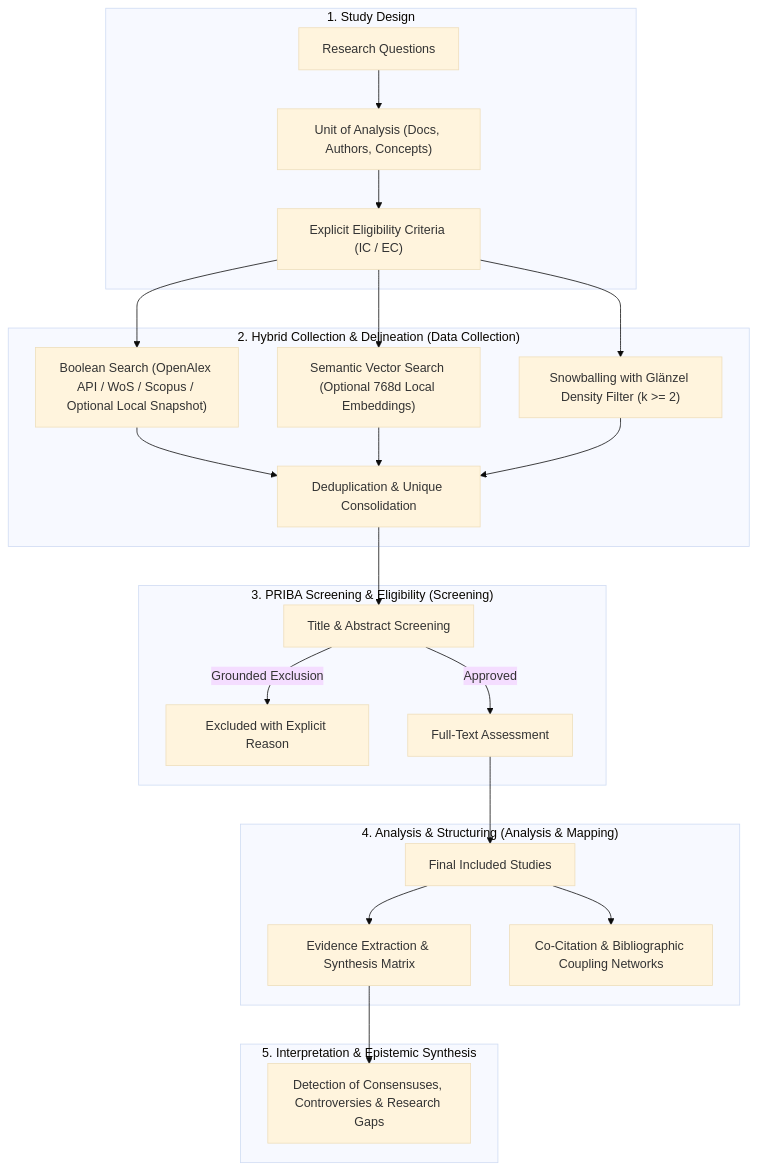
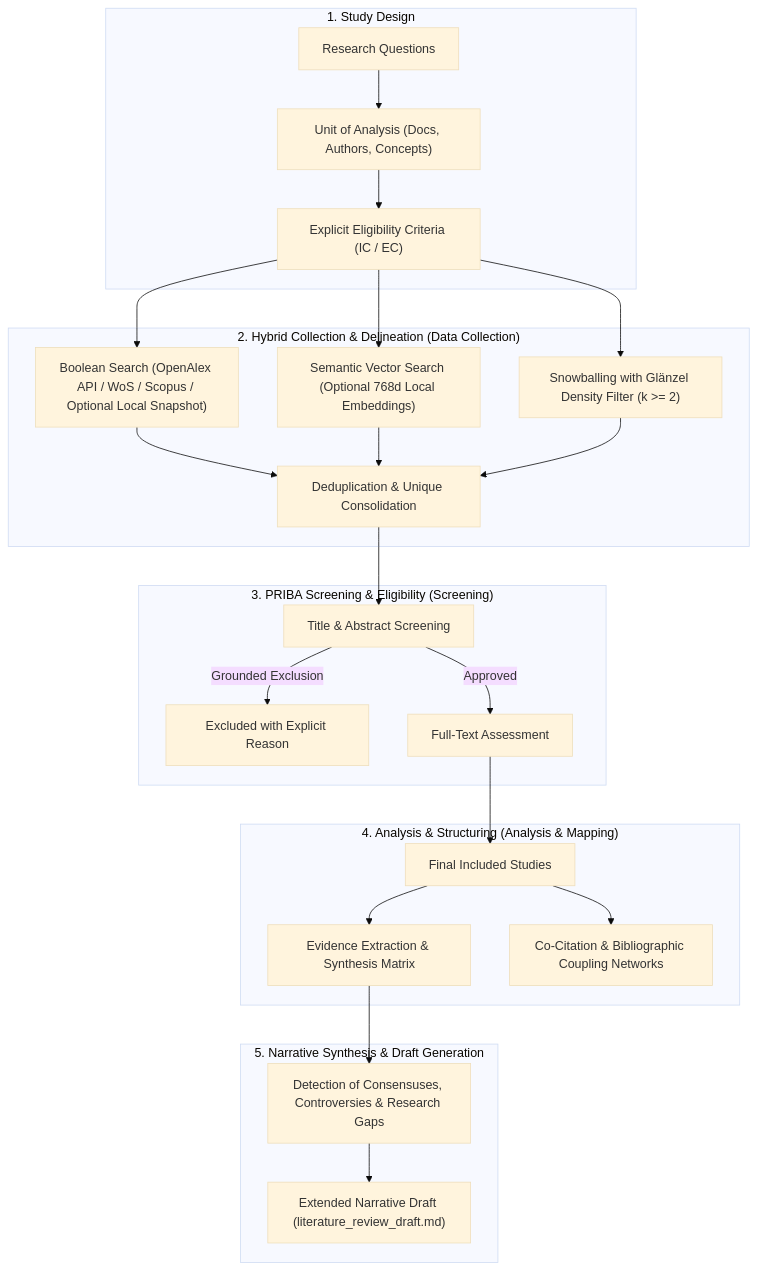
One commit to chilti/sos-mcp-services changed the first of 2 diagrams in .agents/skills/deep-literature-researcher/SKILL.md. Above: the diagram before and after it, drawn with Mermaid (base theme). The commit also changed other lines of this file, not shown here.

Commit message:
feat(deep-literature-researcher): add extended narrative draft and author future-work vs unexplored-paths section

````diff
--- a/.agents/skills/deep-literature-researcher/SKILL.md
+++ b/.agents/skills/deep-literature-researcher/SKILL.md
@@ -20,30 +20,31 @@
 ```mermaid
 flowchart TD
     subgraph Phase1 ["1. Study Design"]
         D1["Research Questions"] --> D2["Unit of Analysis (Docs, Authors, Concepts)"]
         D2 --> D3["Explicit Eligibility Criteria (IC / EC)"]
     end
 
     subgraph Phase2 ["2. Hybrid Collection & Delineation (Data Collection)"]
         D3 --> H1["Boolean Search (OpenAlex API / WoS / Scopus / Optional Local Snapshot)"]
         D3 --> H2["Semantic Vector Search (Optional 768d Local Embeddings)"]
         D3 --> H3["Snowballing with Glänzel Density Filter (k >= 2)"]
         H1 & H2 & H3 --> DUP["Deduplication & Unique Consolidation"]
     end
 
     subgraph Phase3 ["3. PRIBA Screening & Eligibility (Screening)"]
         DUP --> SCR["Title & Abstract Screening"]
         SCR -->|Grounded Exclusion| EXC["Excluded with Explicit Reason"]
         SCR -->|Approved| FULL["Full-Text Assessment"]
     end
 
     subgraph Phase4 ["4. Analysis & Structuring (Analysis & Mapping)"]
         FULL --> INC["Final Included Studies"]
         INC --> SYN["Evidence Extraction & Synthesis Matrix"]
         INC --> NET["Co-Citation & Bibliographic Coupling Networks"]
     end
 
-    subgraph Phase5 ["5. Interpretation & Epistemic Synthesis"]
+    subgraph Phase5 ["5. Narrative Synthesis & Draft Generation"]
         SYN --> GAP["Detection of Consensuses, Controversies & Research Gaps"]
+        GAP --> DRAFT["Extended Narrative Draft (literature_review_draft.md)"]
     end
 ```
````
